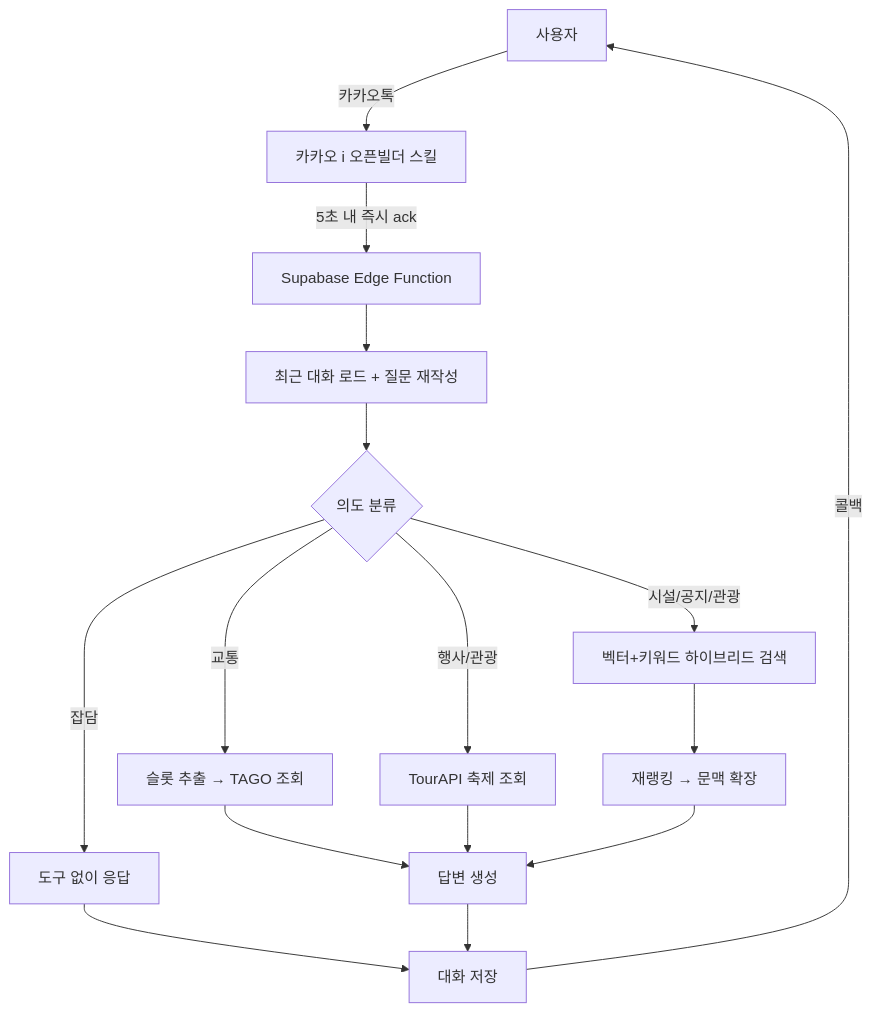
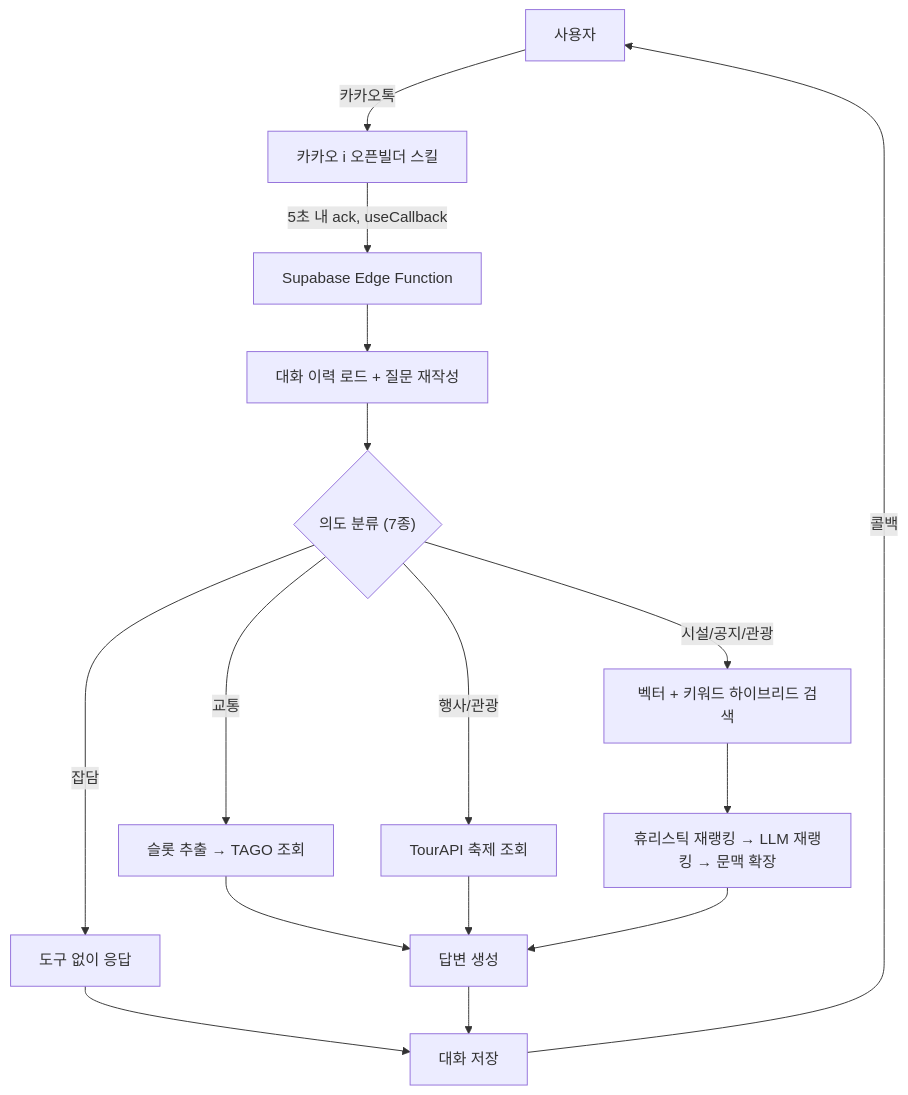
Before and after one commit to jsh0611/g-chat: the diagram in README.md, drawn with Mermaid. The commit also changed other lines of this file, not shown here.

First line of the commit message:
README 재작성: 코드 재분석 기반 기술 문서 형식으로 정리

````diff
--- a/README.md
+++ b/README.md
@@ -19,18 +21,18 @@
 ```mermaid
 flowchart TD
     U["사용자"] -->|카카오톡| K["카카오 i 오픈빌더 스킬"]
-    K -->|5초 내 즉시 ack| E["Supabase Edge Function"]
-    E --> H["최근 대화 로드 + 질문 재작성"]
-    H --> I{"의도 분류"}
+    K -->|5초 내 ack, useCallback| E["Supabase Edge Function"]
+    E --> H["대화 이력 로드 + 질문 재작성"]
+    H --> I{"의도 분류 (7종)"}
     I -->|잡담| C["도구 없이 응답"]
     I -->|교통| T["슬롯 추출 → TAGO 조회"]
     I -->|행사/관광| F["TourAPI 축제 조회"]
-    I -->|시설/공지/관광| R["벡터+키워드 하이브리드 검색"]
-    R --> RR["재랭킹 → 문맥 확장"]
+    I -->|시설/공지/관광| R["벡터 + 키워드 하이브리드 검색"]
+    R --> RR["휴리스틱 재랭킹 → LLM 재랭킹 → 문맥 확장"]
     T --> G["답변 생성"]
     F --> G
     RR --> G
     C --> S["대화 저장"]
     G --> S
     S -->|콜백| U
 ```
````
